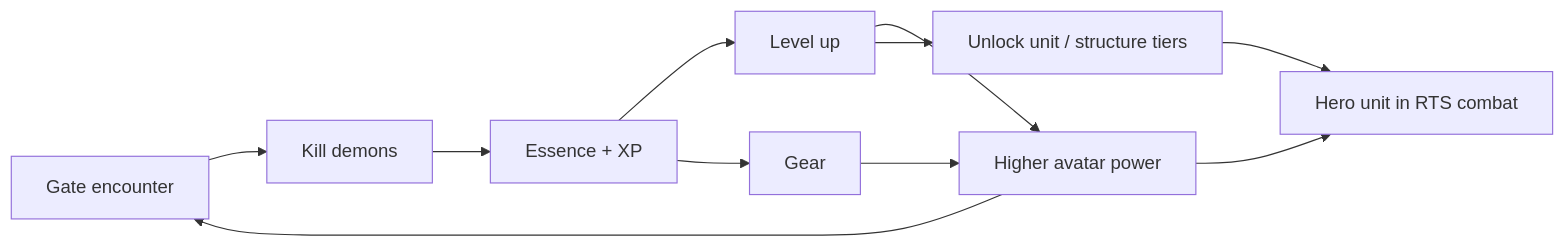
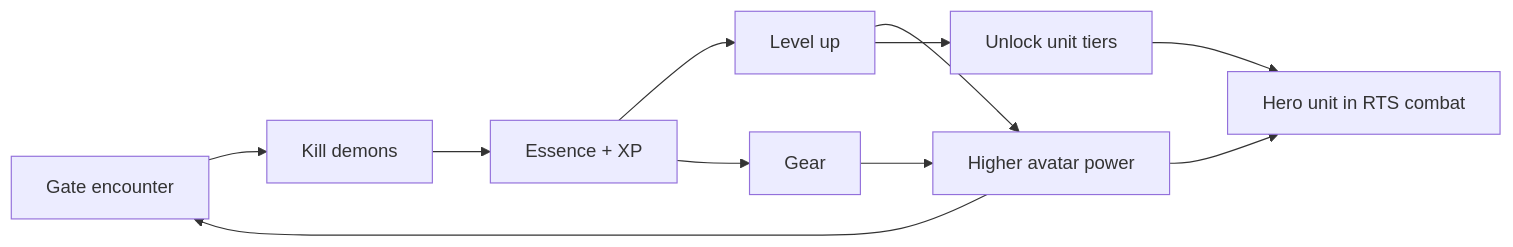
Before and after one commit to jhofer/ar-map-game: the first of 3 diagrams in docs/design/rpg.md, drawn with Mermaid. The commit also changed other lines of this file and 30 other files, not shown here.

````diff
--- a/docs/design/rpg.md
+++ b/docs/design/rpg.md
@@ -28,13 +46,13 @@
 ```mermaid
 flowchart LR
     G[Gate encounter] --> K[Kill demons]
     K --> E[Essence + XP]
     E --> L[Level up]
     E --> Q[Gear]
     L --> P[Higher avatar power]
     Q --> P
     P --> G
     P --> R[Hero unit in RTS combat]
-    L --> T[Unlock unit / structure tiers]
+    L --> T[Unlock unit tiers]
     T --> R
 ```
````
